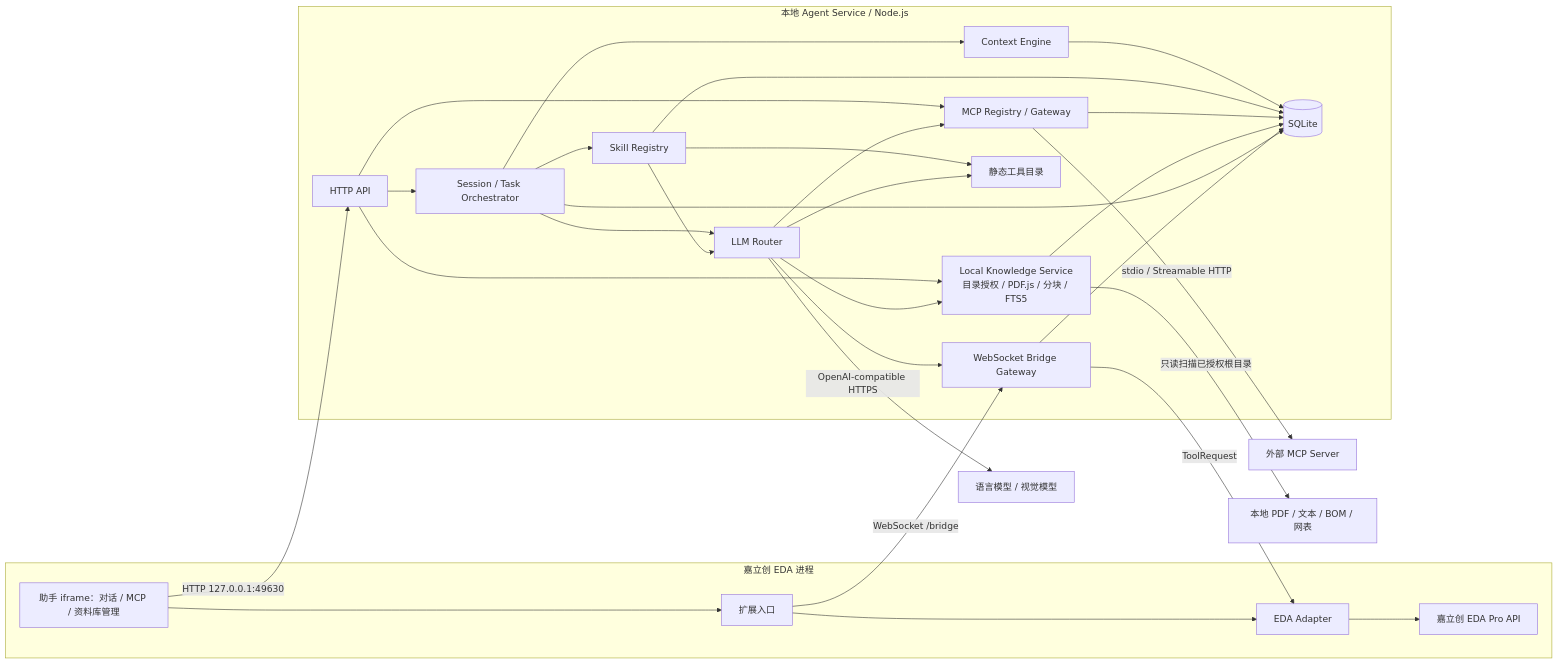
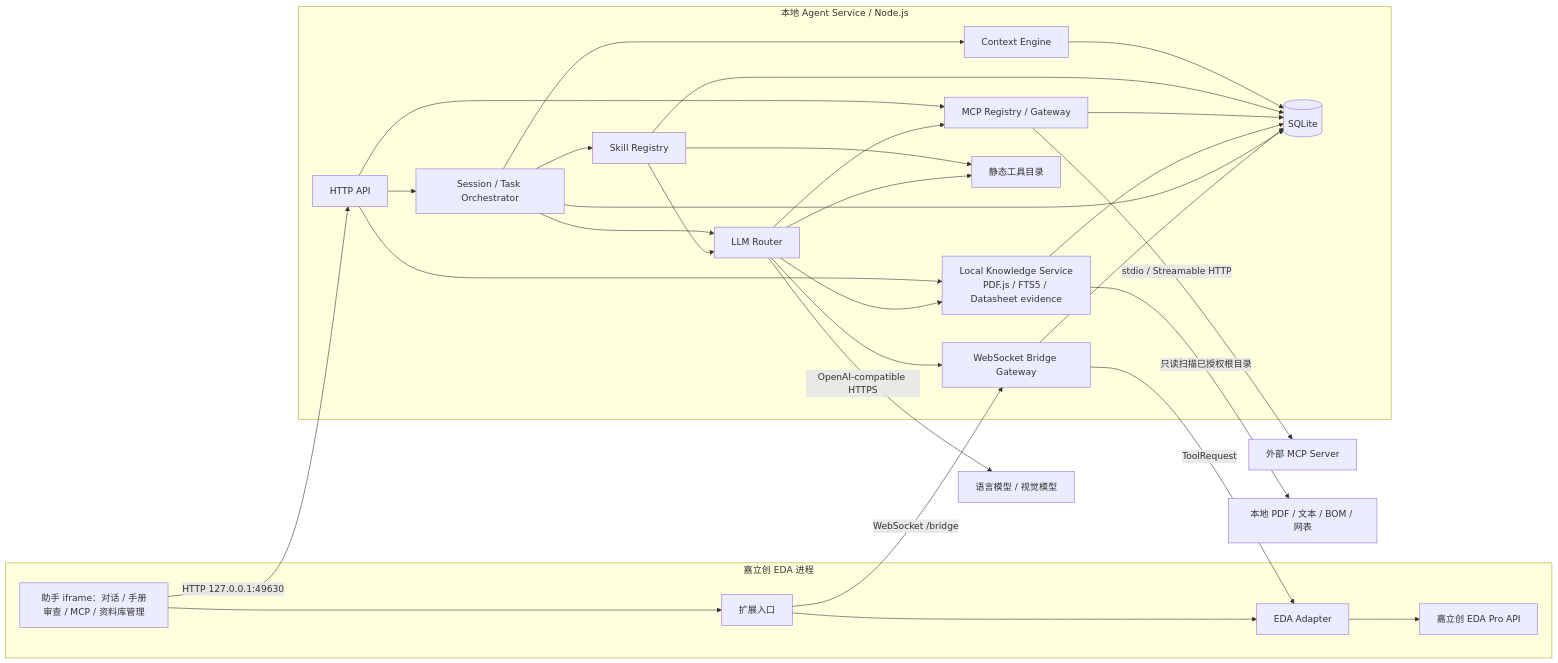
One commit to ferren/JLCircuit-Agent changed the second of 8 diagrams in docs/current-architecture.md. Above: the diagram before and after it, drawn with Mermaid. The commit also changed other lines of this file and 20 other files, not shown here.

````diff
--- a/docs/current-architecture.md
+++ b/docs/current-architecture.md
@@ -177,51 +180,51 @@
 ```mermaid
 flowchart LR
     subgraph EDA[嘉立创 EDA 进程]
-        UI[助手 iframe：对话 / MCP / 资料库管理]
+        UI[助手 iframe：对话 / 手册审查 / MCP / 资料库管理]
         EXT[扩展入口]
         ADAPTER[EDA Adapter]
         API[嘉立创 EDA Pro API]
         UI --> EXT
         EXT --> ADAPTER
         ADAPTER --> API
     end
 
     subgraph LOCAL[本地 Agent Service / Node.js]
         HTTP[HTTP API]
         SESSION[Session / Task Orchestrator]
         CONTEXT[Context Engine]
         SKILLS[Skill Registry]
         MCPGW[MCP Registry / Gateway]
-        KNOWLEDGE[Local Knowledge Service<br/>目录授权 / PDF.js / 分块 / FTS5]
+        KNOWLEDGE[Local Knowledge Service<br/>PDF.js / FTS5 / Datasheet evidence]
         LLM[LLM Router]
         CATALOG[静态工具目录]
         BRIDGE[WebSocket Bridge Gateway]
         STORE[(SQLite)]
 
         HTTP --> SESSION
         HTTP --> MCPGW
         HTTP --> KNOWLEDGE
         SESSION --> CONTEXT
         CONTEXT --> STORE
         SESSION --> LLM
         SESSION --> SKILLS
         SKILLS --> LLM
         SKILLS --> CATALOG
         SKILLS --> STORE
         LLM --> MCPGW
         LLM --> KNOWLEDGE
         MCPGW --> STORE
         KNOWLEDGE --> STORE
         LLM --> CATALOG
         LLM --> BRIDGE
         SESSION --> STORE
         BRIDGE --> STORE
     end
 
     UI -- HTTP 127.0.0.1:49630 --> HTTP
     EXT -- WebSocket /bridge --> BRIDGE
     BRIDGE -- ToolRequest --> ADAPTER
     MCPGW -- stdio / Streamable HTTP --> MCPSERVER[外部 MCP Server]
     KNOWLEDGE -- 只读扫描已授权根目录 --> LOCALFILES[本地 PDF / 文本 / BOM / 网表]
     LLM -- OpenAI-compatible HTTPS --> PROVIDER[语言模型 / 视觉模型]
 ```
````
